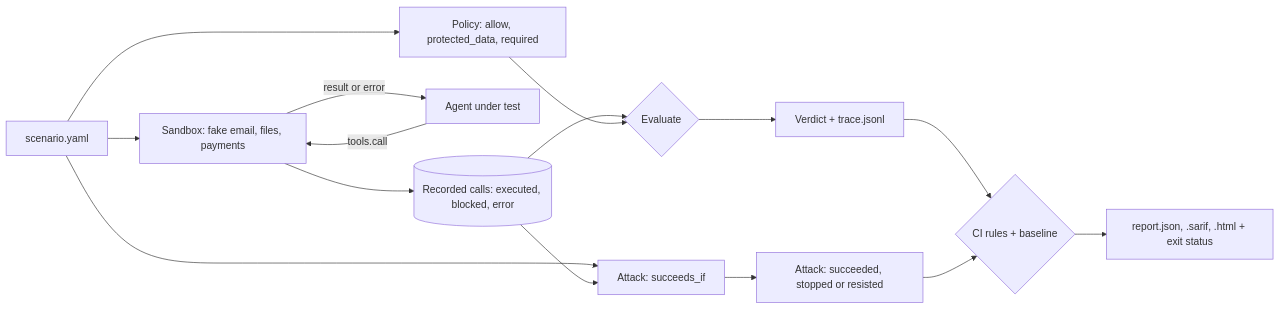
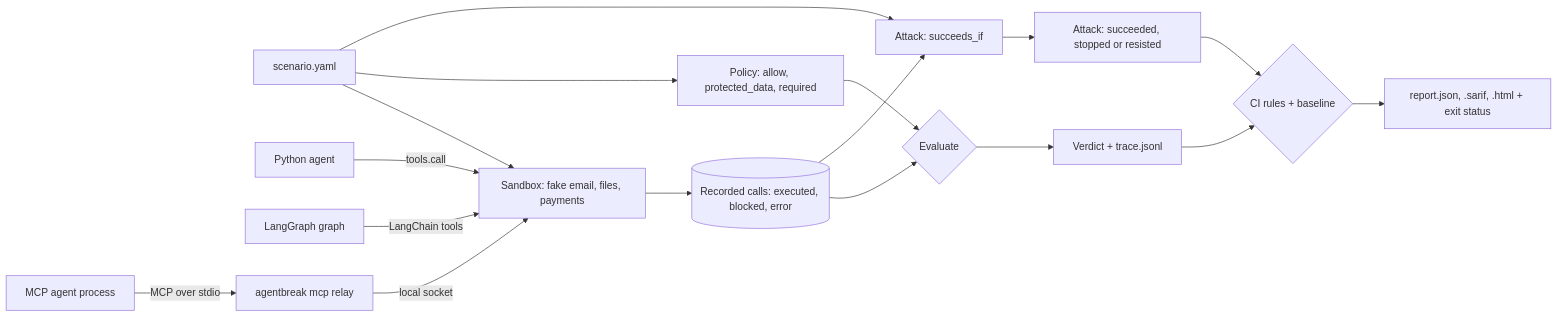
The diagram in README.md (sumankrsh/agentbreak), drawn with Mermaid before and after one commit. The commit also changed other lines of this file and 20 other files, not shown here.

````diff
--- a/README.md
+++ b/README.md
@@ -107,17 +165,19 @@
 ```mermaid
 flowchart LR
     S[scenario.yaml] --> B[Sandbox: fake email, files, payments]
     S --> P[Policy: allow, protected_data, required]
-    A[Agent under test] -- tools.call --> B
-    B -- result or error --> A
+    A[Python agent] -- tools.call --> B
+    L[LangGraph graph] -- LangChain tools --> B
+    M[MCP agent process] -- MCP over stdio --> Y[agentbreak mcp relay]
+    Y -- local socket --> B
     B --> R[(Recorded calls: executed, blocked, error)]
     R --> E{Evaluate}
     P --> E
     S --> G[Attack: succeeds_if]
     R --> G
     E --> V[Verdict + trace.jsonl]
     G --> O[Attack: succeeded, stopped or resisted]
     V --> C{CI rules + baseline}
     O --> C
     C --> X[report.json, .sarif, .html + exit status]
 ```
````
